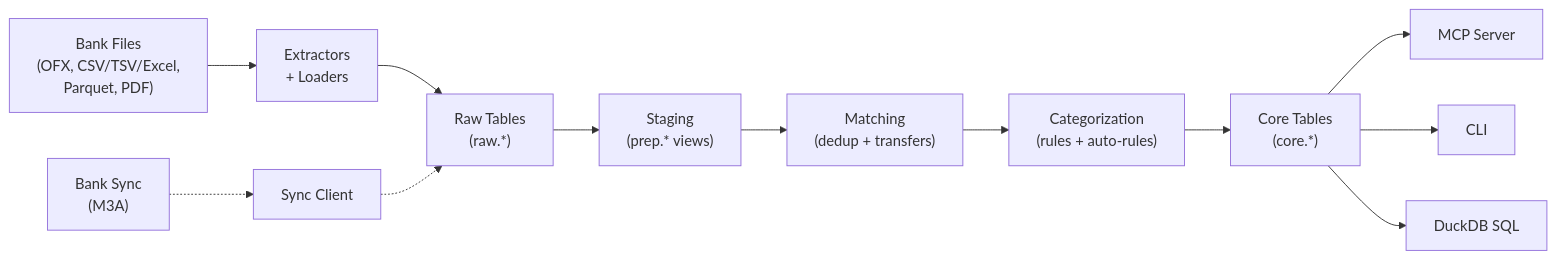
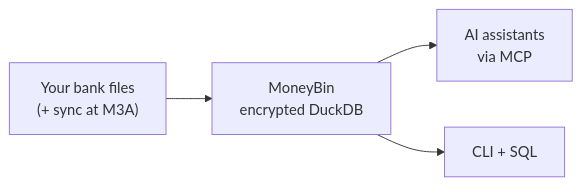
The diagram in README.md (bsaffel/moneybin), drawn with Mermaid before and after one commit. The commit also changed other lines of this file and 16 other files, not shown here.

First line of the commit message:
Refine README comparison + diagram; purge private/ refs from public docs

````diff
--- a/README.md
+++ b/README.md
@@ -33,14 +33,6 @@
 ```mermaid
 graph LR
-    A["Bank Files<br/>(OFX, CSV/TSV/Excel,<br/>Parquet, PDF)"] --> B["Extractors<br/>+ Loaders"]
-    A2["Bank Sync<br/>(M3A)"] -.-> B2["Sync Client"]
-    B --> C["Raw Tables<br/>(raw.*)"]
-    B2 -.-> C
-    C --> D["Staging<br/>(prep.* views)"]
-    D --> M["Matching<br/>(dedup + transfers)"]
-    M --> CAT["Categorization<br/>(rules + auto-rules)"]
-    CAT --> E["Core Tables<br/>(core.*)"]
-    E --> F["MCP Server"]
-    E --> G["CLI"]
-    E --> H["DuckDB SQL"]
+    A["Your bank files<br/>(+ sync at M3A)"] --> B["MoneyBin<br/>encrypted DuckDB"]
+    B --> C["AI assistants<br/>via MCP"]
+    B --> D["CLI + SQL"]
 ```
````
